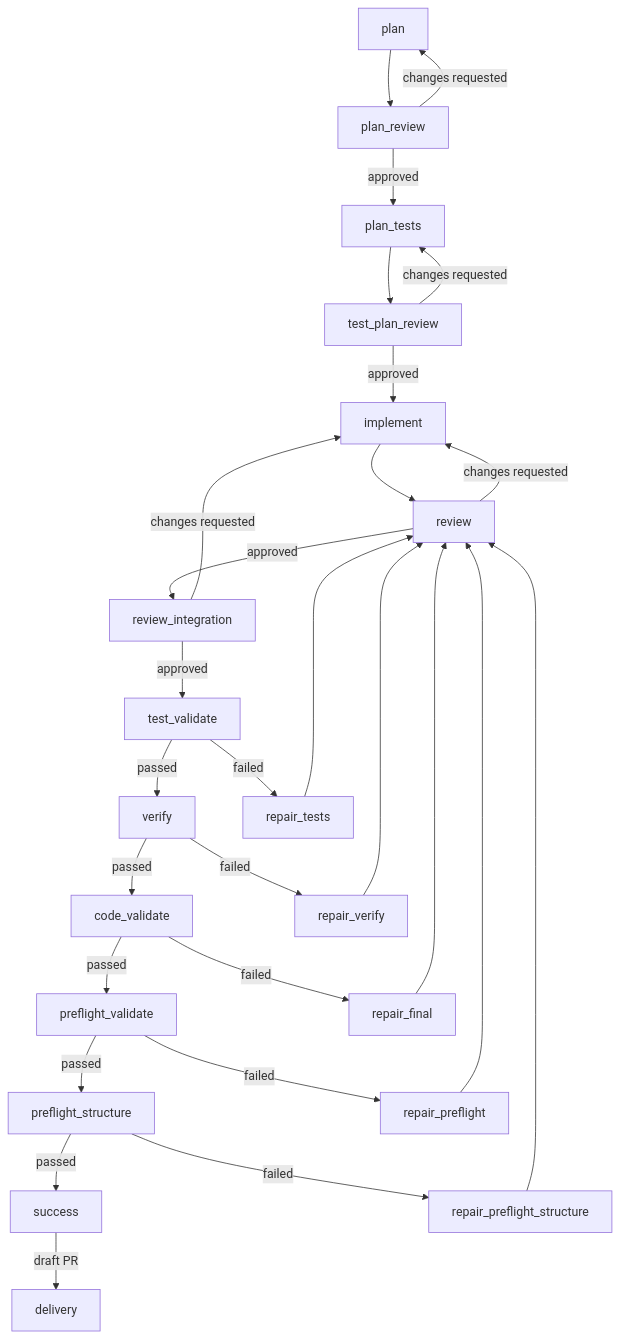
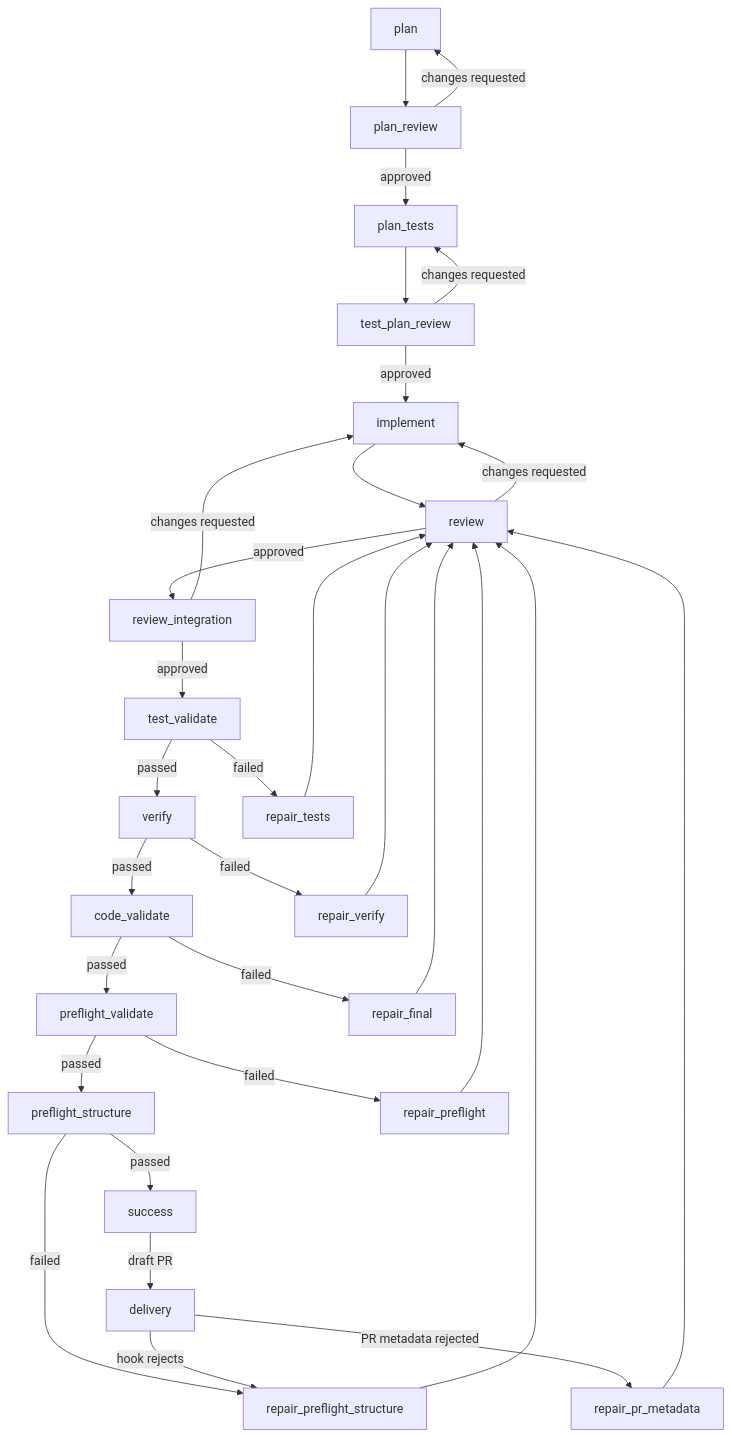
Before and after one commit to MiviaLabs/mivia-agent: the diagram in docs/product/workflows-guide.md, drawn with Mermaid. The commit also changed other lines of this file and 30 other files, not shown here.

````diff
--- a/docs/product/workflows-guide.md
+++ b/docs/product/workflows-guide.md
@@ -238,30 +242,33 @@
 ```mermaid
 flowchart TD
     plan --> plan_review
     plan_review -->|approved| plan_tests
     plan_review -->|changes requested| plan
     plan_tests --> test_plan_review
     test_plan_review -->|approved| implement
     test_plan_review -->|changes requested| plan_tests
     implement --> review
     review -->|approved| review_integration
     review -->|changes requested| implement
     review_integration -->|approved| test_validate
     review_integration -->|changes requested| implement
     test_validate -->|passed| verify
     test_validate -->|failed| repair_tests
     repair_tests --> review
     verify -->|passed| code_validate
     verify -->|failed| repair_verify
     repair_verify --> review
     code_validate -->|passed| preflight_validate
     code_validate -->|failed| repair_final
     repair_final --> review
     preflight_validate -->|passed| preflight_structure
     preflight_validate -->|failed| repair_preflight
     repair_preflight --> review
     preflight_structure -->|passed| success
     preflight_structure -->|failed| repair_preflight_structure
     repair_preflight_structure --> review
+    repair_pr_metadata --> review
     success -->|draft PR| delivery
+    delivery -->|hook rejects| repair_preflight_structure
+    delivery -->|PR metadata rejected| repair_pr_metadata
 ```
````
